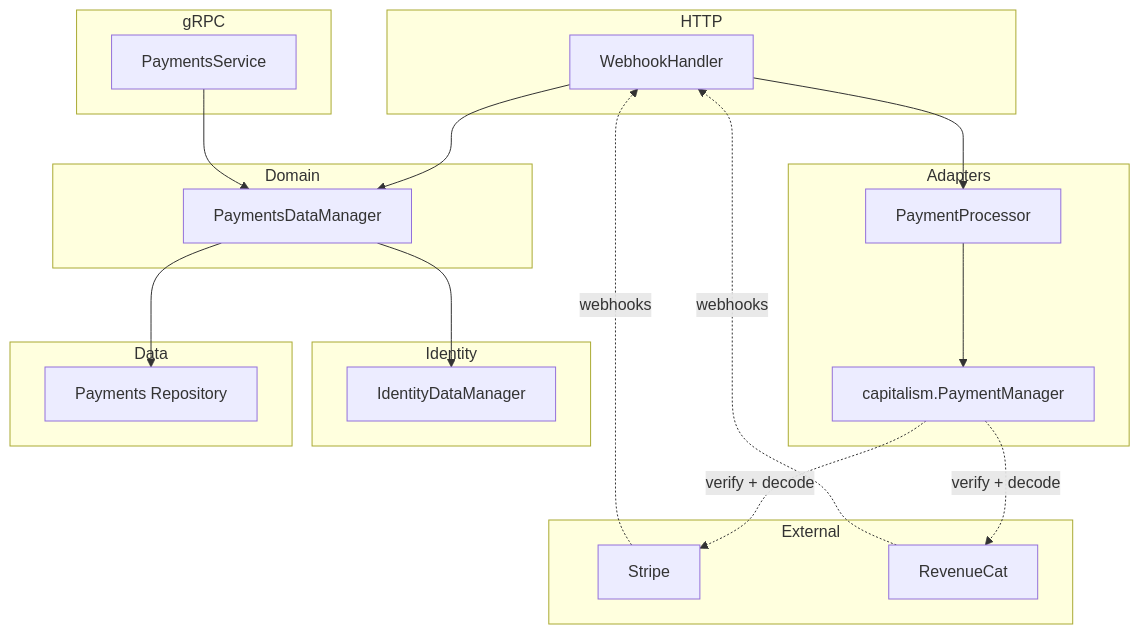
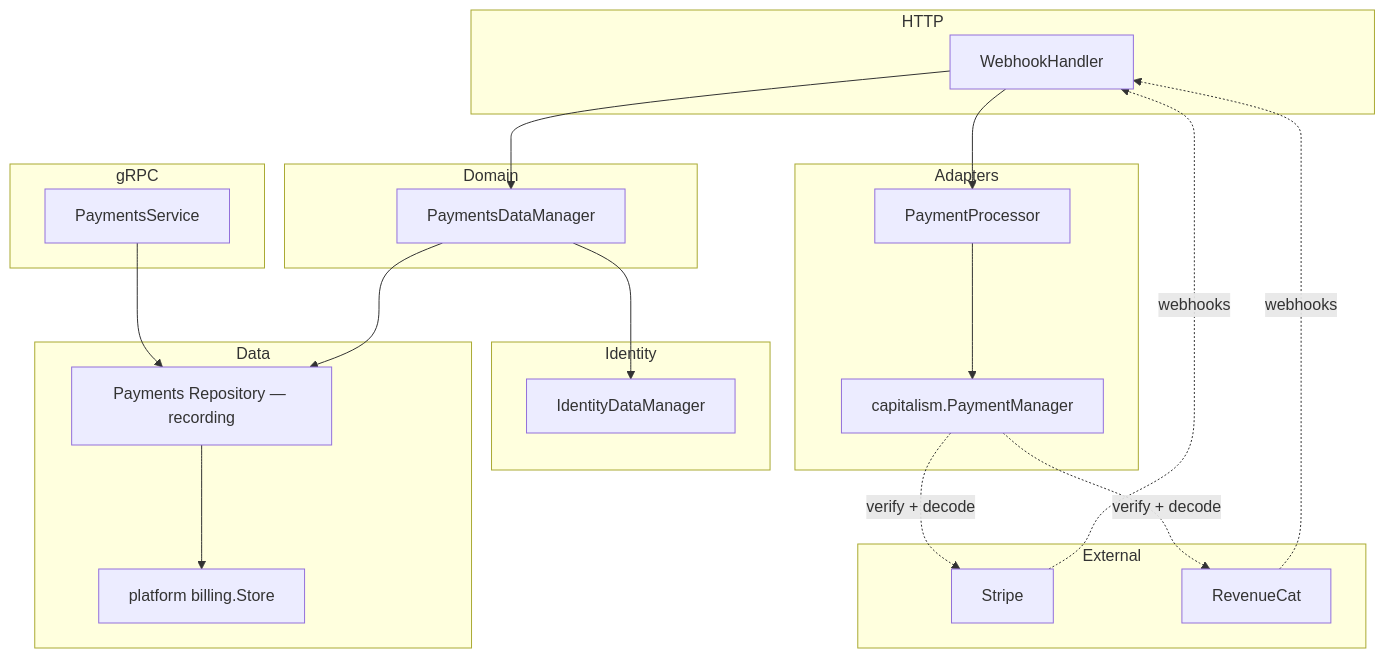
One commit to primandproper/dinnerdonebetter changed the diagram in backend/docs/payments.md. Above: the diagram before and after it, drawn with Mermaid. The commit also changed other lines of this file and 84 other files, not shown here.

Commit message:
Adopt platform's billing store for the stored half of payments (#1420)

````diff
--- a/backend/docs/payments.md
+++ b/backend/docs/payments.md
@@ -20,43 +28,45 @@
 ```mermaid
 flowchart TB
     subgraph HTTP
         WH[WebhookHandler]
     end
     
     subgraph gRPC
         PS[PaymentsService]
     end
     
     subgraph Domain
         PM[PaymentsDataManager]
     end
 
     subgraph Adapters
         PP[PaymentProcessor]
         CAP[capitalism.PaymentManager]
     end
 
     subgraph External
         Stripe[Stripe]
         RC[RevenueCat]
     end
     
     subgraph Identity
         IM[IdentityDataManager]
     end
     
     subgraph Data
-        PR[Payments Repository]
+        PR[Payments Repository — recording]
+        BS[platform billing.Store]
     end
     
     WH --> PP
     WH --> PM
-    PS --> PM
+    PS --> PR
     PM --> PR
     PM --> IM
+    PR --> BS
     PP --> CAP
     Stripe -.webhooks.-> WH
     RC -.webhooks.-> WH
     CAP -.verify + decode.-> Stripe
     CAP -.verify + decode.-> RC
 ```
````
